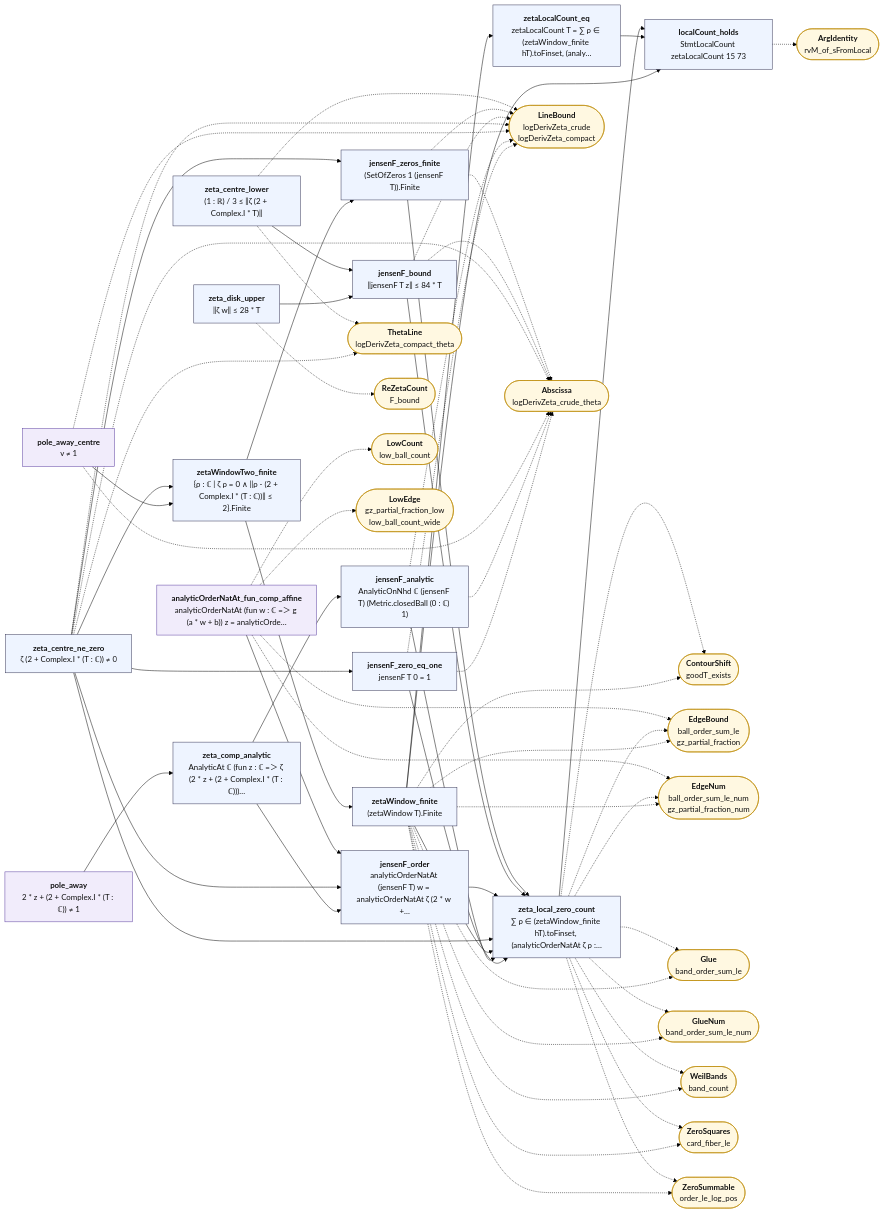
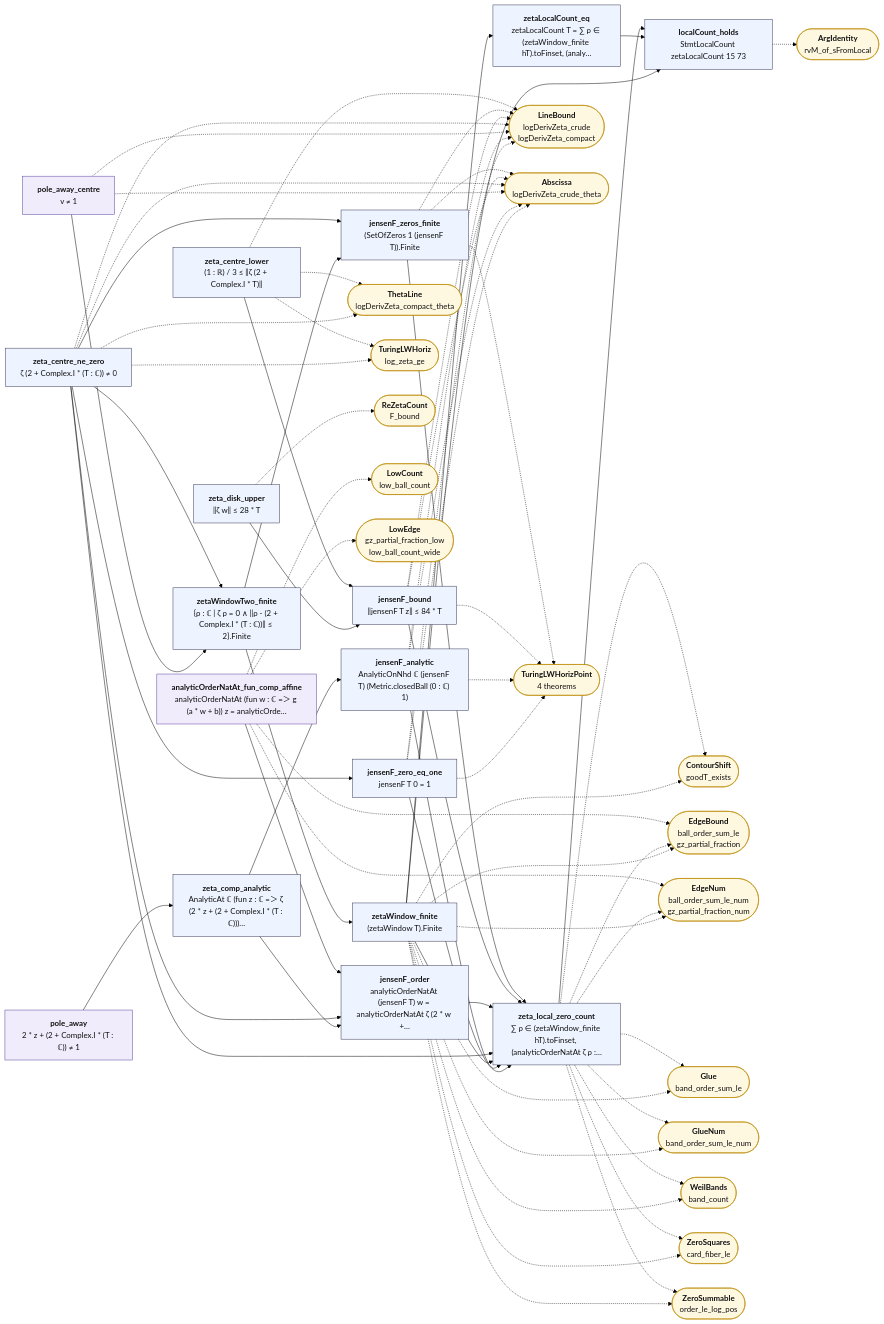
One commit to juliansambranojr/Primebeat_081426 changed the diagram in map/lean_stage3/JensenCount.mmd. Above: the diagram before and after it, drawn with Mermaid (forest theme). The commit also changed 18 other files, not shown here.

```diff
--- a/map/lean_stage3/JensenCount.mmd
+++ b/map/lean_stage3/JensenCount.mmd
@@ -1,102 +1,110 @@
 flowchart LR
   n0["<b>zeta_centre_lower</b><br/>(1 : ℝ) / 3 ≤ ‖ζ (2 + Complex.I * T)‖"]:::thm
   n1["<b>zeta_disk_upper</b><br/>‖ζ w‖ ≤ 28 * T"]:::thm
   n2["<b>zeta_centre_ne_zero</b><br/>ζ (2 + Complex.I * (T : ℂ)) ≠ 0"]:::thm
   n3["<b>pole_away</b><br/>2 * z + (2 + Complex.I * (T : ℂ)) ≠ 1"]:::shp
   n4["<b>pole_away_centre</b><br/>v ≠ 1"]:::shp
   n5["<b>zetaWindowTwo_finite</b><br/>{ρ : ℂ | ζ ρ = 0 ∧ ‖ρ - (2 + Complex.I * (T : ℂ))‖ ≤ 2}.Finite"]:::thm
   n6["<b>zetaWindow_finite</b><br/>(zetaWindow T).Finite"]:::thm
   n7["<b>zeta_comp_analytic</b><br/>AnalyticAt ℂ (fun z : ℂ =＞ ζ (2 * z + (2 + Complex.I * (T : ℂ)))…"]:::thm
   n8["<b>jensenF_analytic</b><br/>AnalyticOnNhd ℂ (jensenF T) (Metric.closedBall (0 : ℂ) 1)"]:::thm
   n9["<b>jensenF_zero_eq_one</b><br/>jensenF T 0 = 1"]:::thm
   n10["<b>jensenF_zeros_finite</b><br/>(SetOfZeros 1 (jensenF T)).Finite"]:::thm
   n11["<b>jensenF_bound</b><br/>‖jensenF T z‖ ≤ 84 * T"]:::thm
   n12["<b>analyticOrderNatAt_fun_comp_affine</b><br/>analyticOrderNatAt (fun w : ℂ =＞ g (a * w + b)) z = analyticOrde…"]:::shp
   n13["<b>jensenF_order</b><br/>analyticOrderNatAt (jensenF T) w = analyticOrderNatAt ζ (2 * w +…"]:::thm
   n14["<b>zeta_local_zero_count</b><br/>∑ ρ ∈ (zetaWindow_finite hT).toFinset, (analyticOrderNatAt ζ ρ :…"]:::thm
   n15["<b>zetaLocalCount_eq</b><br/>zetaLocalCount T = ∑ ρ ∈ (zetaWindow_finite hT).toFinset, (analy…"]:::thm
   n16["<b>localCount_holds</b><br/>StmtLocalCount zetaLocalCount 15 73"]:::thm
   x0(["<b>LineBound</b><br/>logDerivZeta_crude<br/>logDerivZeta_compact"]):::ext
   x1(["<b>ThetaLine</b><br/>logDerivZeta_compact_theta"]):::ext
-  x2(["<b>ReZetaCount</b><br/>F_bound"]):::ext
-  x3(["<b>Abscissa</b><br/>logDerivZeta_crude_theta"]):::ext
-  x4(["<b>ContourShift</b><br/>goodT_exists"]):::ext
-  x5(["<b>EdgeBound</b><br/>ball_order_sum_le<br/>gz_partial_fraction"]):::ext
-  x6(["<b>EdgeNum</b><br/>ball_order_sum_le_num<br/>gz_partial_fraction_num"]):::ext
-  x7(["<b>Glue</b><br/>band_order_sum_le"]):::ext
-  x8(["<b>GlueNum</b><br/>band_order_sum_le_num"]):::ext
-  x9(["<b>WeilBands</b><br/>band_count"]):::ext
-  x10(["<b>ZeroSquares</b><br/>card_fiber_le"]):::ext
-  x11(["<b>ZeroSummable</b><br/>order_le_log_pos"]):::ext
-  x12(["<b>LowCount</b><br/>low_ball_count"]):::ext
-  x13(["<b>LowEdge</b><br/>gz_partial_fraction_low<br/>low_ball_count_wide"]):::ext
-  x14(["<b>ArgIdentity</b><br/>rvM_of_sFromLocal"]):::ext
+  x2(["<b>TuringLWHoriz</b><br/>log_zeta_ge"]):::ext
+  x3(["<b>ReZetaCount</b><br/>F_bound"]):::ext
+  x4(["<b>Abscissa</b><br/>logDerivZeta_crude_theta"]):::ext
+  x5(["<b>ContourShift</b><br/>goodT_exists"]):::ext
+  x6(["<b>EdgeBound</b><br/>ball_order_sum_le<br/>gz_partial_fraction"]):::ext
+  x7(["<b>EdgeNum</b><br/>ball_order_sum_le_num<br/>gz_partial_fraction_num"]):::ext
+  x8(["<b>Glue</b><br/>band_order_sum_le"]):::ext
+  x9(["<b>GlueNum</b><br/>band_order_sum_le_num"]):::ext
+  x10(["<b>WeilBands</b><br/>band_count"]):::ext
+  x11(["<b>ZeroSquares</b><br/>card_fiber_le"]):::ext
+  x12(["<b>ZeroSummable</b><br/>order_le_log_pos"]):::ext
+  x13(["<b>TuringLWHorizPoint</b><br/>4 theorems"]):::ext
+  x14(["<b>LowCount</b><br/>low_ball_count"]):::ext
+  x15(["<b>LowEdge</b><br/>gz_partial_fraction_low<br/>low_ball_count_wide"]):::ext
+  x16(["<b>ArgIdentity</b><br/>rvM_of_sFromLocal"]):::ext
   n0 --> n11
   n1 --> n11
   n10 --> n14
   n11 --> n14
   n12 --> n13
   n13 --> n14
   n14 --> n16
   n15 --> n16
   n2 --> n10
   n2 --> n13
   n2 --> n14
   n2 --> n5
   n2 --> n9
   n3 --> n7
   n4 --> n5
   n5 --> n10
   n5 --> n6
   n6 --> n14
   n6 --> n15
   n6 --> n16
   n7 --> n13
   n7 --> n8
   n8 --> n14
   n9 --> n14
   n0 -.-> x0
   n0 -.-> x1
-  n1 -.-> x2
+  n0 -.-> x2
+  n1 -.-> x3
   n10 -.-> x0
-  n10 -.-> x3
+  n10 -.-> x13
+  n10 -.-> x4
   n11 -.-> x0
-  n11 -.-> x3
-  n12 -.-> x12
-  n12 -.-> x13
-  n12 -.-> x5
+  n11 -.-> x13
+  n11 -.-> x4
+  n12 -.-> x14
+  n12 -.-> x15
   n12 -.-> x6
+  n12 -.-> x7
   n14 -.-> x10
   n14 -.-> x11
-  n14 -.-> x4
+  n14 -.-> x12
   n14 -.-> x5
   n14 -.-> x6
   n14 -.-> x7
   n14 -.-> x8
   n14 -.-> x9
-  n16 -.-> x14
+  n16 -.-> x16
   n2 -.-> x0
   n2 -.-> x1
-  n2 -.-> x3
+  n2 -.-> x2
+  n2 -.-> x4
   n4 -.-> x0
-  n4 -.-> x3
+  n4 -.-> x4
   n6 -.-> x10
   n6 -.-> x11
-  n6 -.-> x4
+  n6 -.-> x12
   n6 -.-> x5
   n6 -.-> x6
   n6 -.-> x7
   n6 -.-> x8
   n6 -.-> x9
   n8 -.-> x0
-  n8 -.-> x3
+  n8 -.-> x13
+  n8 -.-> x4
   n9 -.-> x0
-  n9 -.-> x3
+  n9 -.-> x13
+  n9 -.-> x4
   classDef cnt fill:#dff5ec,stroke:#17694a,color:#111
   classDef shp fill:#f1ecfb,stroke:#5b3fa0,color:#111
   classDef rh fill:#ffe5e5,stroke:#c22,color:#111,stroke-width:2px
   classDef thm fill:#eef4ff,stroke:#335,color:#111
   classDef end_ fill:#e7f7e7,stroke:#2a7,color:#111,stroke-width:2px
   classDef lone fill:#fff,stroke:#999,color:#111,stroke-dasharray:4 3
   classDef bad fill:#ffe5e5,stroke:#c22,color:#111,stroke-width:2px
   classDef ext fill:#fff8e1,stroke:#b80,color:#111
```
